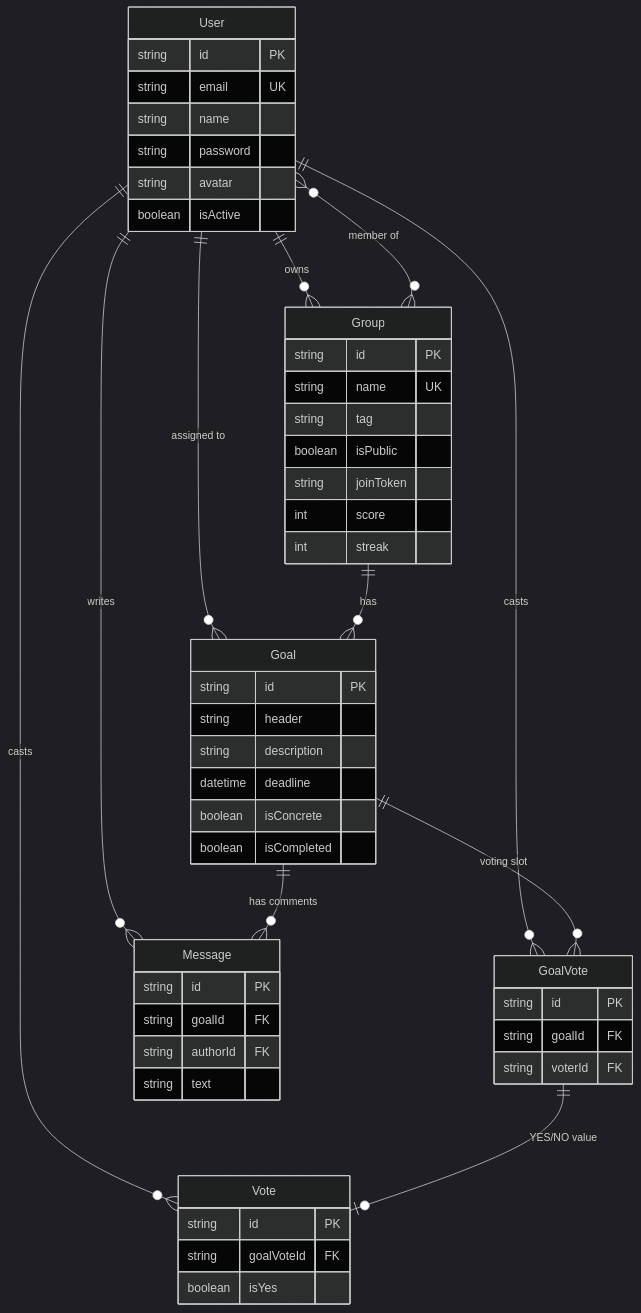
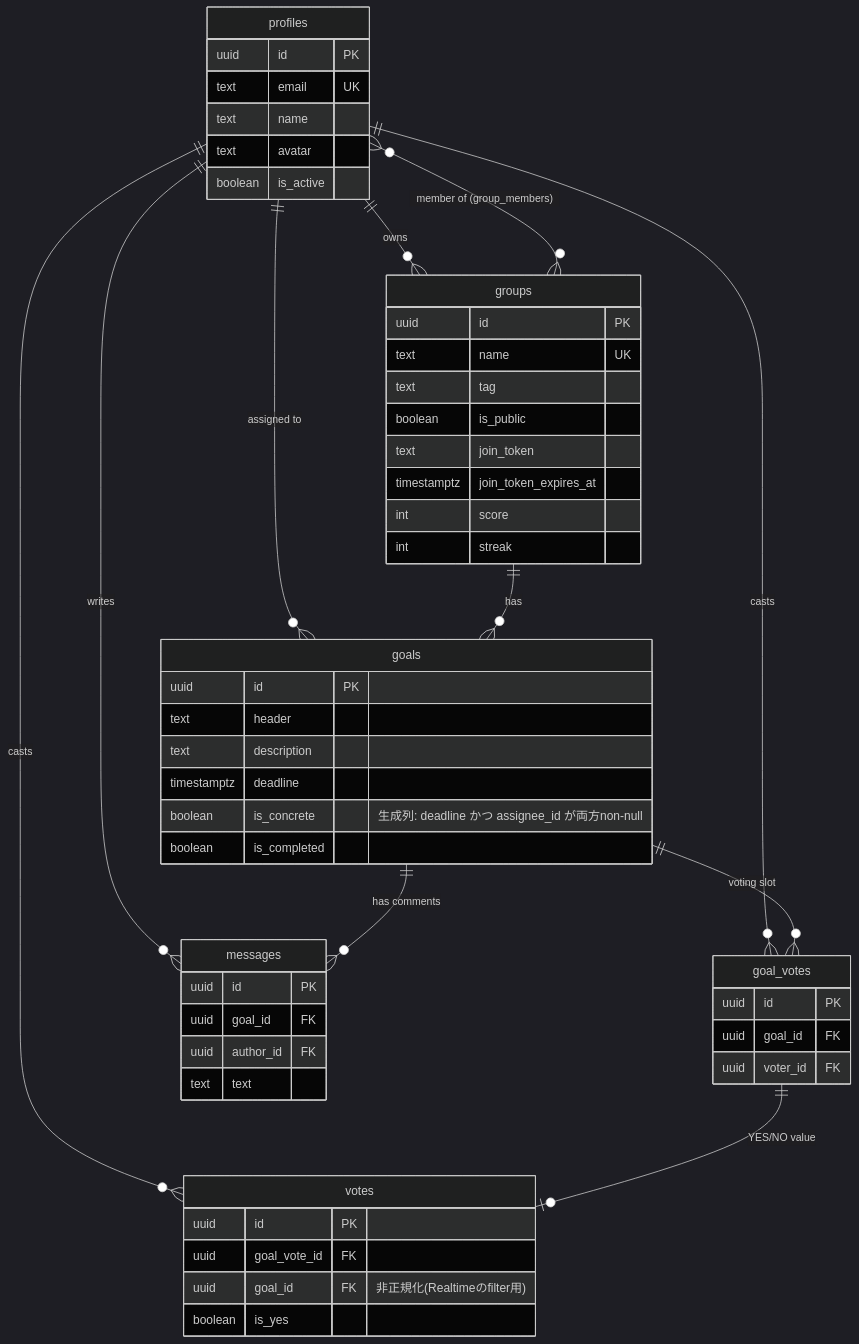
One commit to tkt0605/xerovault changed the diagram in docs/domain-model.md. Above: the diagram before and after it, drawn with Mermaid (dark theme). The commit also changed other lines of this file and 54 other files, not shown here.

````diff
--- a/docs/domain-model.md
+++ b/docs/domain-model.md
@@ -5,63 +5,64 @@
 ```mermaid
 erDiagram
-    User ||--o{ Group : owns
-    User }o--o{ Group : "member of"
-    User ||--o{ Goal : "assigned to"
-    User ||--o{ GoalVote : casts
-    User ||--o{ Vote : casts
-    User ||--o{ Message : writes
+    profiles ||--o{ groups : owns
+    profiles }o--o{ groups : "member of (group_members)"
+    profiles ||--o{ goals : "assigned to"
+    profiles ||--o{ goal_votes : casts
+    profiles ||--o{ votes : casts
+    profiles ||--o{ messages : writes
 
-    Group ||--o{ Goal : has
+    groups ||--o{ goals : has
 
-    Goal ||--o{ GoalVote : "voting slot"
-    Goal ||--o{ Message : "has comments"
+    goals ||--o{ goal_votes : "voting slot"
+    goals ||--o{ messages : "has comments"
 
-    GoalVote ||--o| Vote : "YES/NO value"
+    goal_votes ||--o| votes : "YES/NO value"
 
-    User {
-        string id PK
-        string email UK
-        string name
-        string password
-        string avatar
-        boolean isActive
+    profiles {
+        uuid id PK
+        text email UK
+        text name
+        text avatar
+        boolean is_active
     }
 
-    Group {
-        string id PK
-        string name UK
-        string tag
-        boolean isPublic
-        string joinToken
+    groups {
+        uuid id PK
+        text name UK
+        text tag
+        boolean is_public
+        text join_token
+        timestamptz join_token_expires_at
         int score
         int streak
     }
 
-    Goal {
-        string id PK
-        string header
-        string description
-        datetime deadline
-        boolean isConcrete
-        boolean isCompleted
+    goals {
+        uuid id PK
+        text header
+        text description
+        timestamptz deadline
+        boolean is_concrete "生成列: deadline かつ assignee_id が両方non-null"
+        boolean is_completed
     }
 
-    GoalVote {
-        string id PK
-        string goalId FK
-        string voterId FK
+    goal_votes {
+        uuid id PK
+        uuid goal_id FK
+        uuid voter_id FK
     }
 
-    Vote {
-        string id PK
-        string goalVoteId FK
-        boolean isYes
+    votes {
+        uuid id PK
+        uuid goal_vote_id FK
+        uuid goal_id FK "非正規化(Realtimeのfilter用)"
+        boolean is_yes
     }
 
-    Message {
-        string id PK
-        string goalId FK
-        string authorId FK
-        string text
+    messages {
+        uuid id PK
+        uuid goal_id FK
+        uuid author_id FK
+        text text
     }
 ```
````
